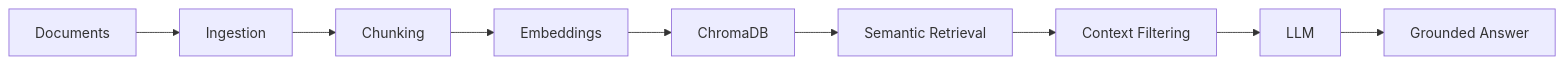
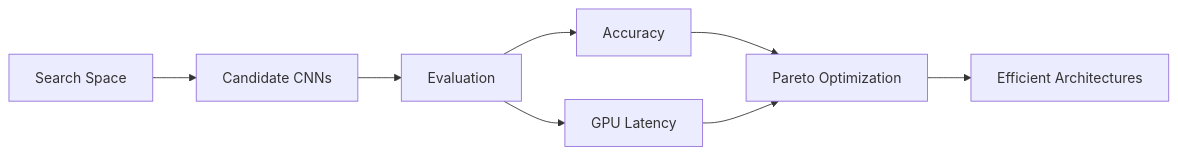
Before and after one commit to Nadjiba-Rahal/Nadjiba-Rahal: the fifth of 5 diagrams in README.md, drawn with Mermaid. The commit also changed other lines of this file, not shown here.

````diff
--- a/README.md
+++ b/README.md
@@ -232,13 +346,10 @@
 ```mermaid
 flowchart LR
-
-    A["Documents"] --> B["Ingestion"]
-    B --> C["Chunking"]
-    C --> D["Embeddings"]
-    D --> E["ChromaDB"]
-
-    E --> F["Semantic Retrieval"]
-    F --> G["Context Filtering"]
-    G --> H["LLM"]
-    H --> I["Grounded Answer"]
+    A[Search Space] --> B[Candidate CNNs]
+    B --> C[Evaluation]
+    C --> D[Accuracy]
+    C --> E[GPU Latency]
+    D --> F[Pareto Optimization]
+    E --> F
+    F --> G[Efficient Architectures]
 ```
````
